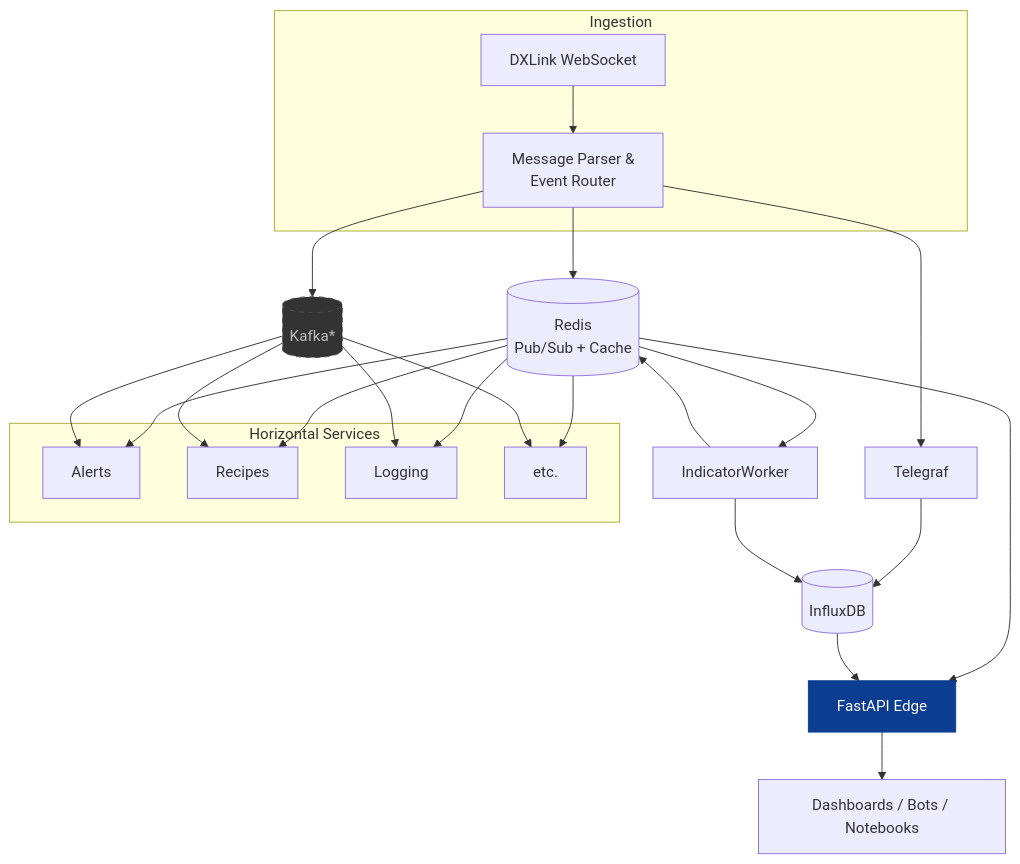
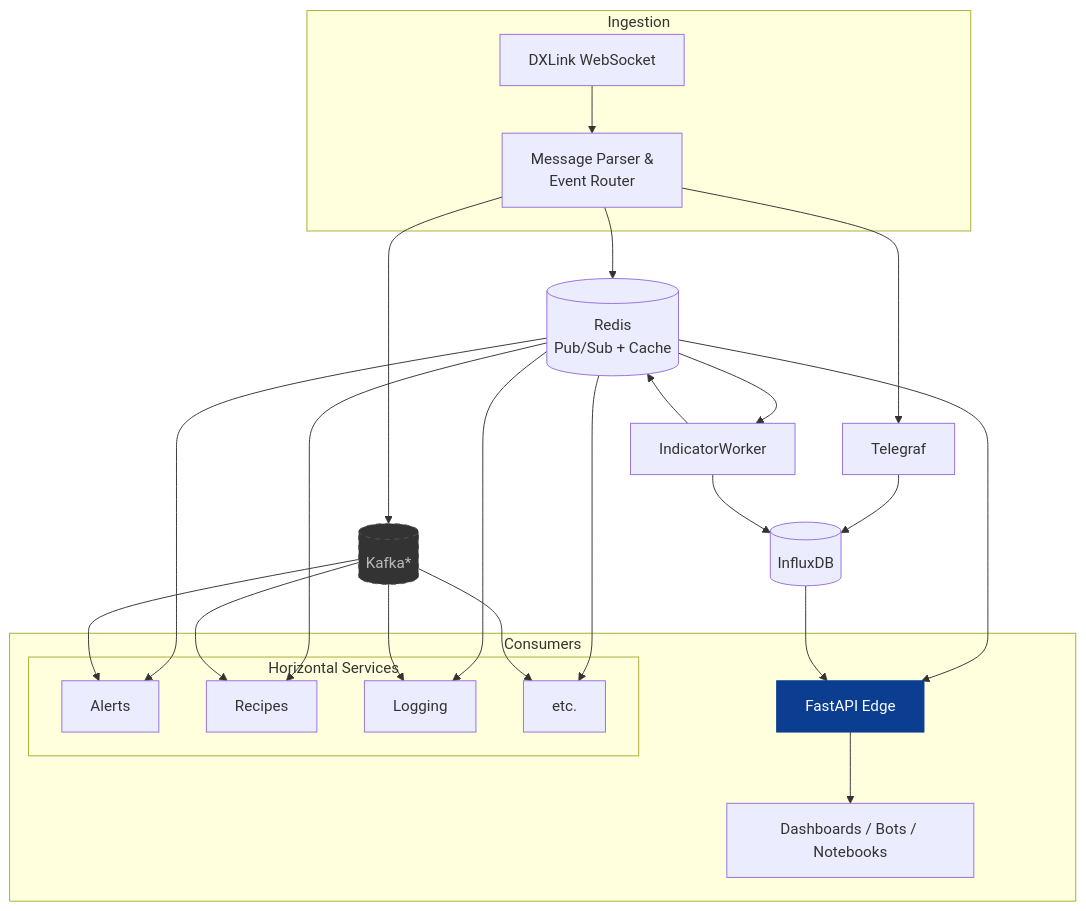
One commit to xmandeng/tastytrade_sdk changed the first of 2 diagrams in README.md. Above: the diagram before and after it, drawn with Mermaid.

Commit message:
docs: align horizontal services with client consumer layer in diagram

````diff
--- a/README.md
+++ b/README.md
@@ -107,45 +107,49 @@
 ```mermaid
 flowchart TB
    %% Ingestion Layer
    subgraph INGEST[Ingestion]
       WS[DXLink WebSocket]
       PARSER[Message Parser &<br/>Event Router]
       WS --> PARSER
    end
 
    %% Core Spine
    PARSER --> TELEGRAF[Telegraf]
    PARSER --> REDIS[(Redis<br/>Pub/Sub + Cache)]
    PARSER --> KAFKA[(Kafka*)]
    TELEGRAF --> INFLUX[(InfluxDB)]
 
-   %% Enrichment Worker (loop back into Redis & Influx)
+   %% Enrichment Worker (loop back)
    REDIS --> WORKER[IndicatorWorker]
    WORKER --> REDIS
    WORKER --> INFLUX
 
-   %% Horizontal Services subscribing to bus (Redis now, Kafka later)
-   subgraph H[Horizontal Services]
-      ALERTS[Alerts]
-      RECIPES[Recipes]
-      LOGGING[Logging]
-      ETC[etc.]
+   %% Consumer Layer (edge clients + horizontal internal services aligned)
+   subgraph CONSUMERS[Consumers]
+      FASTAPI[FastAPI Edge]
+      CLIENTS[Dashboards / Bots / Notebooks]
+      subgraph H[Horizontal Services]
+         ALERTS[Alerts]
+         RECIPES[Recipes]
+         LOGGING[Logging]
+         ETC[etc.]
+      end
    end
+
+   %% Bus connections
+   REDIS --> FASTAPI
+   INFLUX --> FASTAPI
+   FASTAPI --> CLIENTS
    REDIS --> ALERTS
    REDIS --> RECIPES
    REDIS --> LOGGING
    REDIS --> ETC
    KAFKA --> ALERTS
    KAFKA --> RECIPES
    KAFKA --> LOGGING
    KAFKA --> ETC
 
-   %% Edge & Clients
-   REDIS --> FASTAPI[FastAPI Edge]
-   INFLUX --> FASTAPI
-   FASTAPI --> CLIENTS[Dashboards / Bots / Notebooks]
-
    classDef opt fill:#333,stroke:#555,color:#bbb,stroke-dasharray:5 5;
    class KAFKA opt;
    style FASTAPI fill:#0b3d91,stroke:#0b3d91,color:#fff
 ```
````
